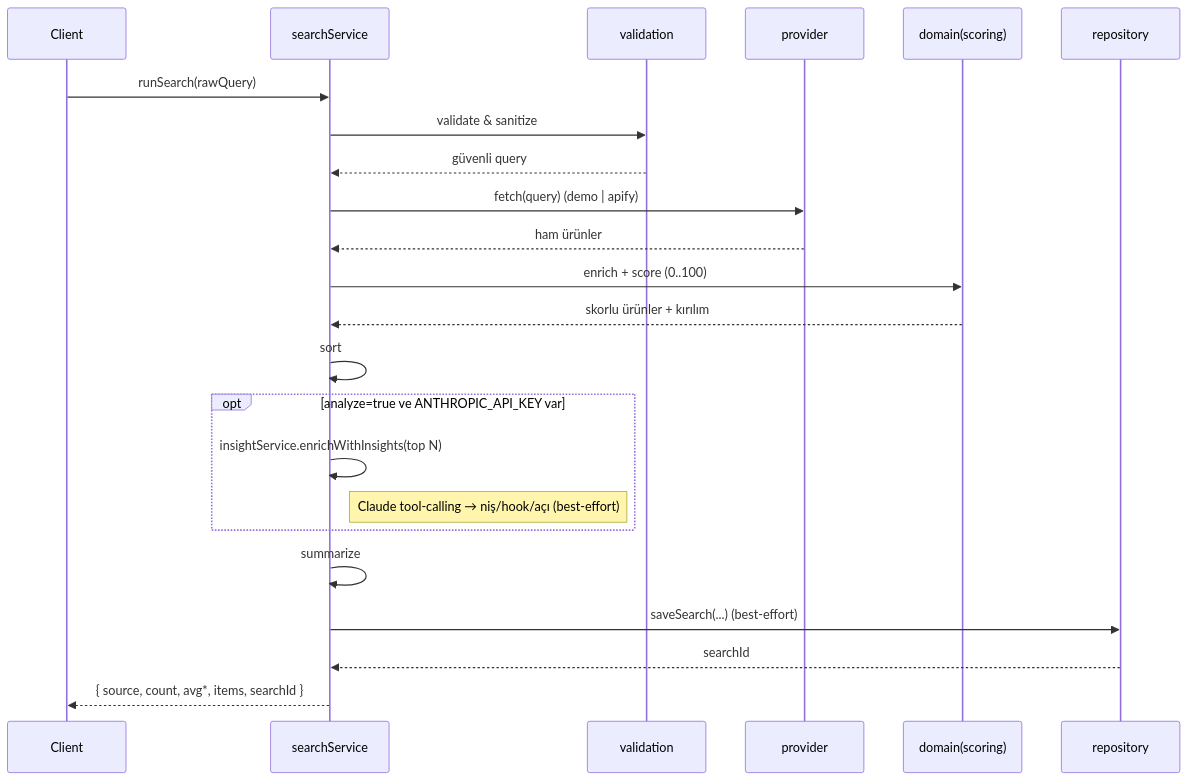
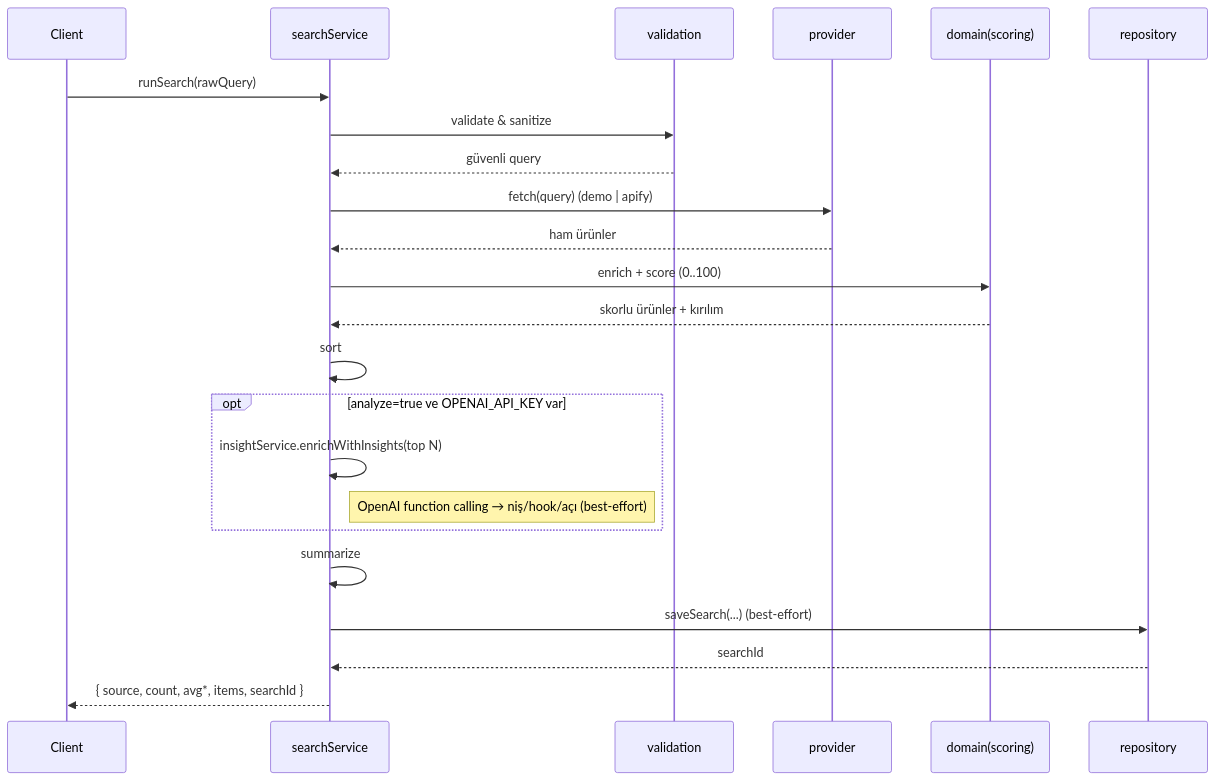
One commit to OzlemKlc/winning-product-finder changed the second of 3 diagrams in ARCHITECTURE.md. Above: the diagram before and after it, drawn with Mermaid. The commit also changed other lines of this file and 8 other files, not shown here.

Commit message:
refactor: replace Anthropic integration with OpenAI

````diff
--- a/ARCHITECTURE.md
+++ b/ARCHITECTURE.md
@@ -89,26 +89,26 @@
 ```mermaid
 sequenceDiagram
     participant C as Client
     participant S as searchService
     participant V as validation
     participant P as provider
     participant D as domain(scoring)
     participant R as repository
 
     C->>S: runSearch(rawQuery)
     S->>V: validate & sanitize
     V-->>S: güvenli query
     S->>P: fetch(query)  (demo | apify)
     P-->>S: ham ürünler
     S->>D: enrich + score (0..100)
     D-->>S: skorlu ürünler + kırılım
     S->>S: sort
-    opt analyze=true ve ANTHROPIC_API_KEY var
+    opt analyze=true ve OPENAI_API_KEY var
       S->>S: insightService.enrichWithInsights(top N)
-      Note right of S: Claude tool-calling → niş/hook/açı (best-effort)
+      Note right of S: OpenAI function calling → niş/hook/açı (best-effort)
     end
     S->>S: summarize
     S->>R: saveSearch(...)  (best-effort)
     R-->>S: searchId
     S-->>C: { source, count, avg*, items, searchId }
 ```
````
